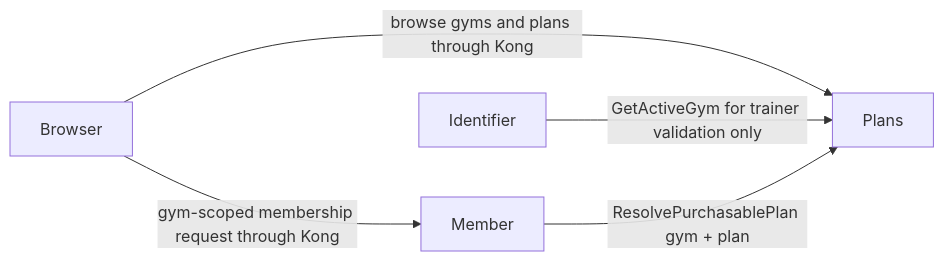
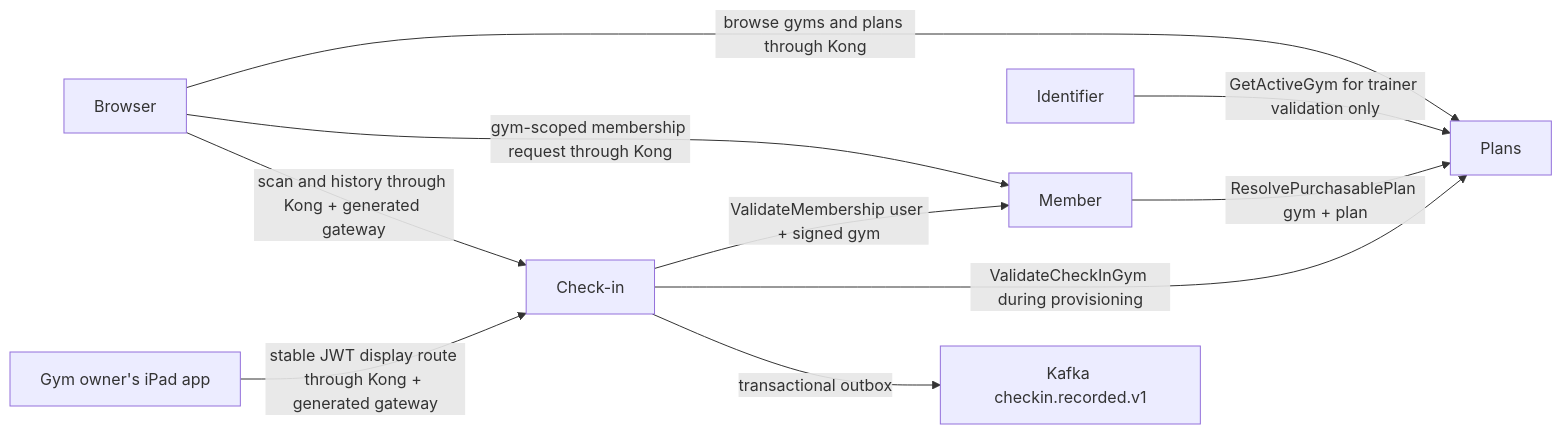
Before and after one commit to pploc/gym-architect: the second of 2 diagrams in PLAN.md, drawn with Mermaid. The commit also changed other lines of this file and 10 other files, not shown here.

````diff
--- a/PLAN.md
+++ b/PLAN.md
@@ -44,7 +45,12 @@
 ```mermaid
 flowchart LR
     C[Browser] -->|browse gyms and plans through Kong| PL[Plans]
     C -->|gym-scoped membership request through Kong| MB[Member]
+    C -->|scan and history through Kong + generated gateway| CI[Check-in]
+    D[Gym owner's iPad app] -->|stable JWT display route through Kong + generated gateway| CI
     ID[Identifier] -->|GetActiveGym for trainer validation only| PL
     MB -->|ResolvePurchasablePlan gym + plan| PL
+    CI -->|ValidateMembership user + signed gym| MB
+    CI -->|ValidateCheckInGym during provisioning| PL
+    CI -->|transactional outbox| K[Kafka checkin.recorded.v1]
 ```
````
